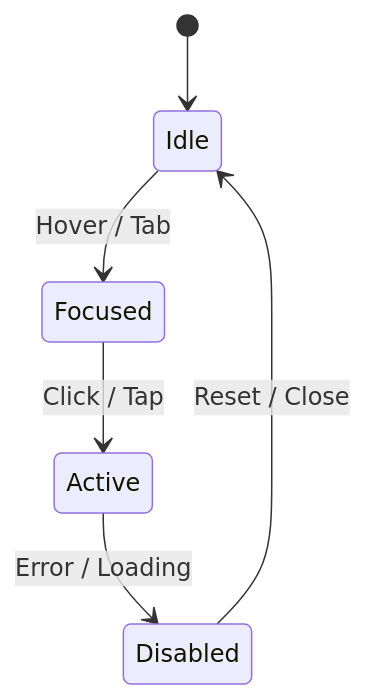
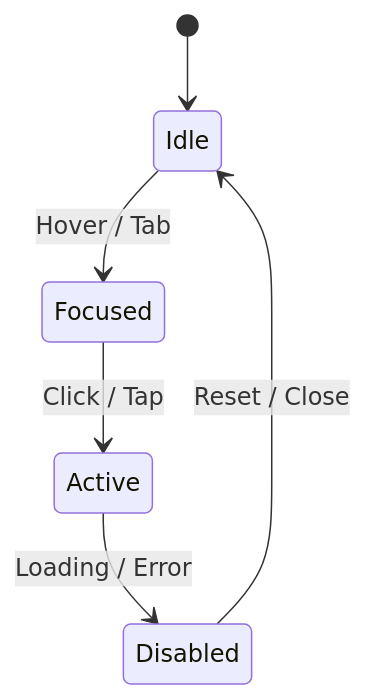
One commit to bartytime4life/Kansas-Frontier-Matrix changed the diagram in docs/design/reviews/ui_components/templates/component_review_template.md. Above: the diagram before and after it, drawn with Mermaid. The commit also changed other lines of this file, not shown here.

````diff
--- a/docs/design/reviews/ui_components/templates/component_review_template.md
+++ b/docs/design/reviews/ui_components/templates/component_review_template.md
@@ -178,8 +183,8 @@
 ```mermaid
 stateDiagram-v2
   [*] --> Idle
   Idle --> Focused : Hover / Tab
   Focused --> Active : Click / Tap
-  Active --> Disabled : Error / Loading
+  Active --> Disabled : Loading / Error
   Disabled --> Idle : Reset / Close
 ```
````
